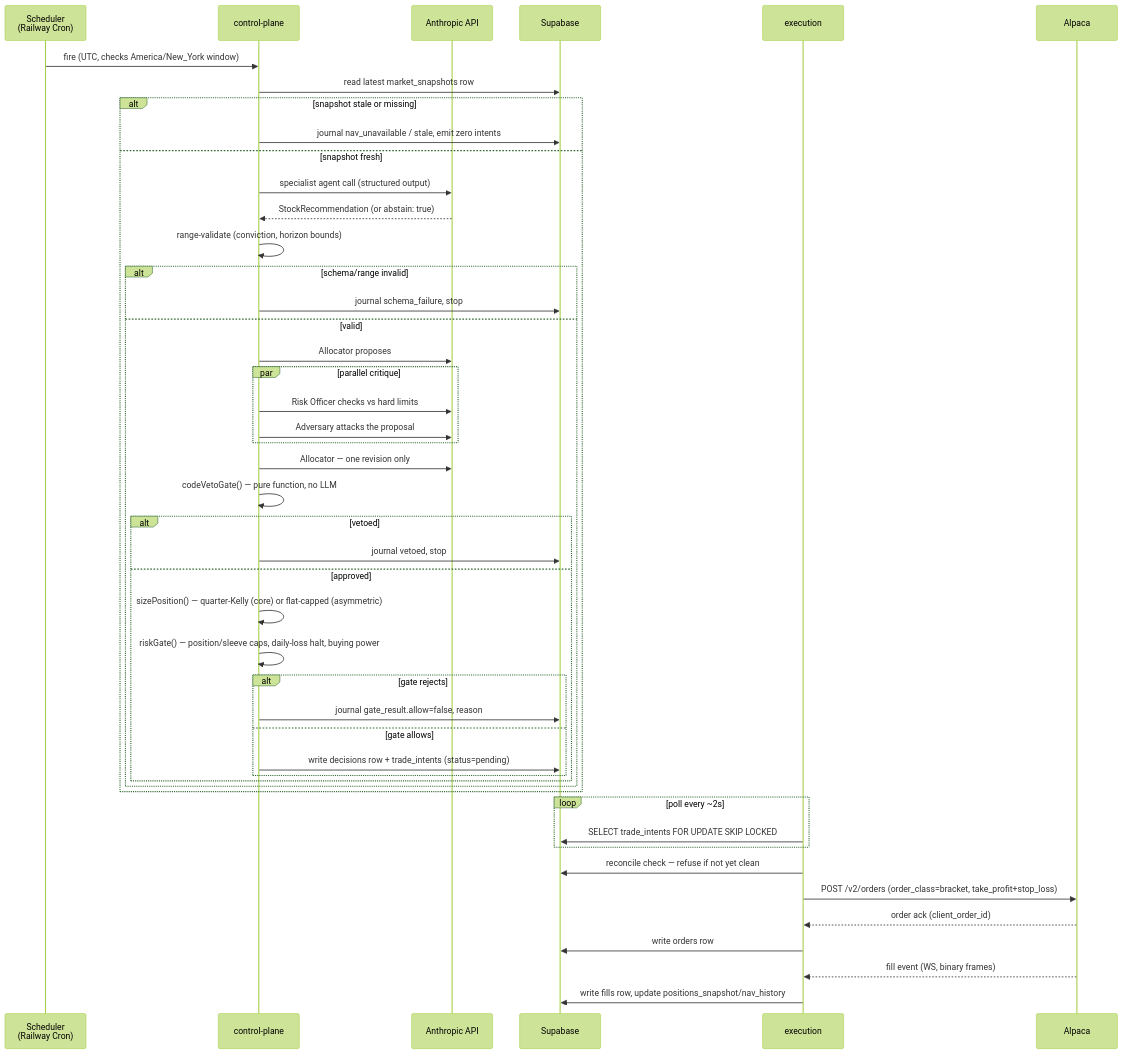
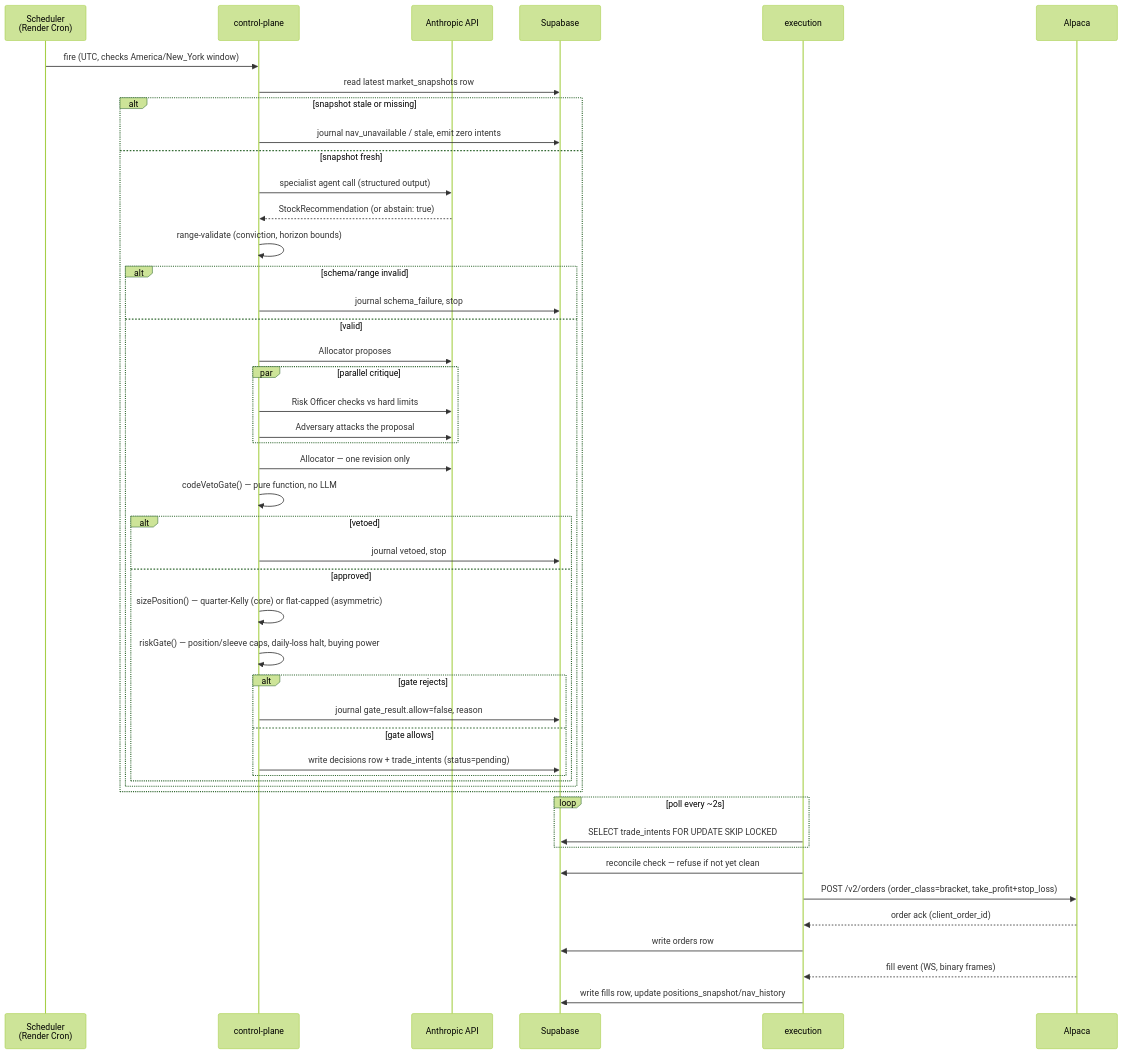
Before and after one commit to sandeep-velichety/option-pulse: the second of 2 diagrams in docs/ARCHITECTURE.md, drawn with Mermaid (forest theme). The commit also changed other lines of this file and 6 other files, not shown here.

First line of the commit message:
Move hosting from Railway to Render (render.yaml Blueprint)

````diff
--- a/docs/ARCHITECTURE.md
+++ b/docs/ARCHITECTURE.md
@@ -82,51 +82,51 @@
 ```mermaid
 sequenceDiagram
-    participant Sched as Scheduler<br/>(Railway Cron)
+    participant Sched as Scheduler<br/>(Render Cron)
     participant CP as control-plane
     participant LLM as Anthropic API
     participant DB as Supabase
     participant EXE as execution
     participant Broker as Alpaca
 
     Sched->>CP: fire (UTC, checks America/New_York window)
     CP->>DB: read latest market_snapshots row
     alt snapshot stale or missing
         CP->>DB: journal nav_unavailable / stale, emit zero intents
     else snapshot fresh
         CP->>LLM: specialist agent call (structured output)
         LLM-->>CP: StockRecommendation (or abstain: true)
         CP->>CP: range-validate (conviction, horizon bounds)
         alt schema/range invalid
             CP->>DB: journal schema_failure, stop
         else valid
             CP->>LLM: Allocator proposes
             par parallel critique
                 CP->>LLM: Risk Officer checks vs hard limits
                 CP->>LLM: Adversary attacks the proposal
             end
             CP->>LLM: Allocator — one revision only
             CP->>CP: codeVetoGate() — pure function, no LLM
             alt vetoed
                 CP->>DB: journal vetoed, stop
             else approved
                 CP->>CP: sizePosition() — quarter-Kelly (core) or flat-capped (asymmetric)
                 CP->>CP: riskGate() — position/sleeve caps, daily-loss halt, buying power
                 alt gate rejects
                     CP->>DB: journal gate_result.allow=false, reason
                 else gate allows
                     CP->>DB: write decisions row + trade_intents (status=pending)
                 end
             end
         end
     end
 
     loop poll every ~2s
         EXE->>DB: SELECT trade_intents FOR UPDATE SKIP LOCKED
     end
     EXE->>DB: reconcile check — refuse if not yet clean
     EXE->>Broker: POST /v2/orders (order_class=bracket, take_profit+stop_loss)
     Broker-->>EXE: order ack (client_order_id)
     EXE->>DB: write orders row
     Broker-->>EXE: fill event (WS, binary frames)
     EXE->>DB: write fills row, update positions_snapshot/nav_history
 ```
````
